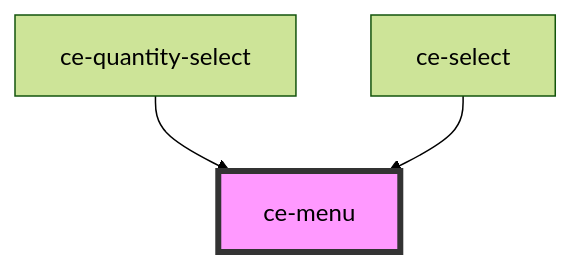
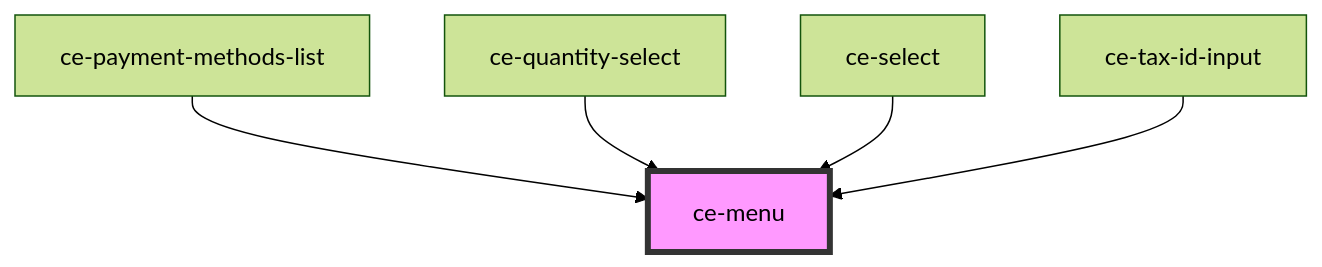
One commit to surecart/surecart-wp-plugin changed the diagram in packages/components/src/components/ui/menu/readme.md. Above: the diagram before and after it, drawn with Mermaid (forest theme). The commit also changed other lines of this file and 118 other files, not shown here.

````diff
--- a/packages/components/src/components/ui/menu/readme.md
+++ b/packages/components/src/components/ui/menu/readme.md
@@ -28,6 +30,8 @@
 ```mermaid
 graph TD;
+  ce-payment-methods-list --> ce-menu
   ce-quantity-select --> ce-menu
   ce-select --> ce-menu
+  ce-tax-id-input --> ce-menu
   style ce-menu fill:#f9f,stroke:#333,stroke-width:4px
 ```
````
